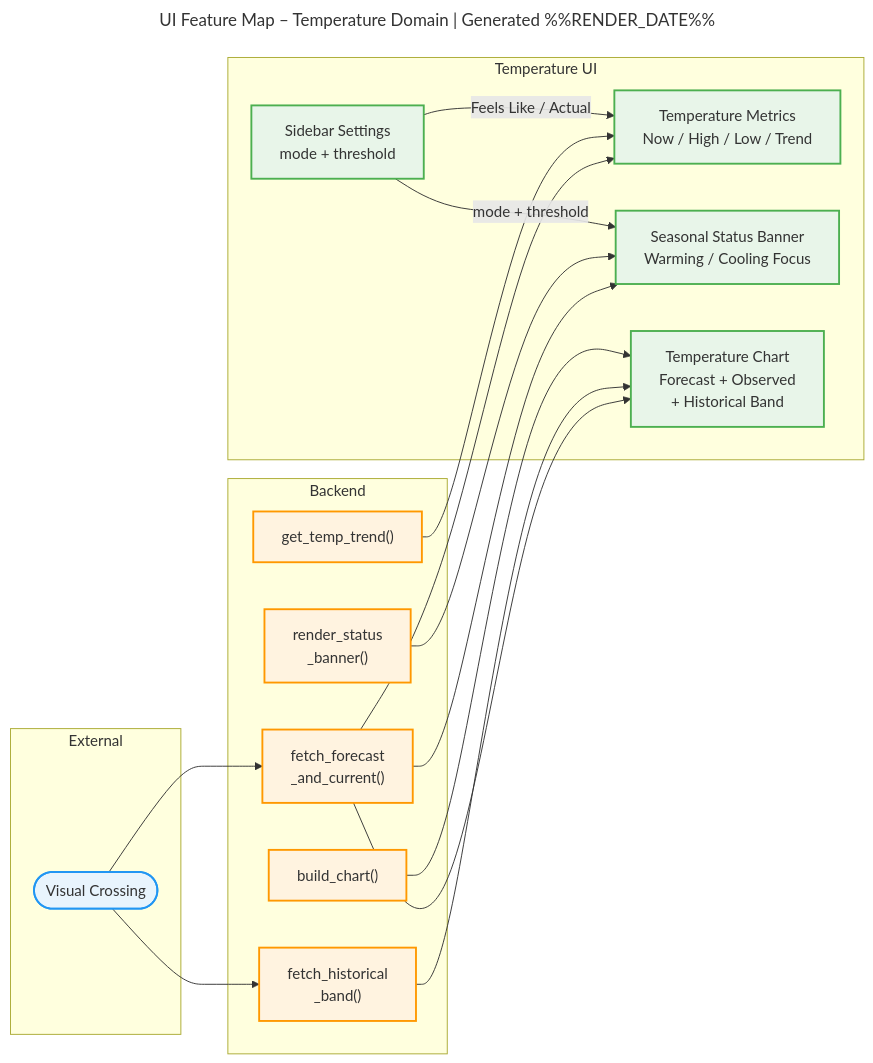
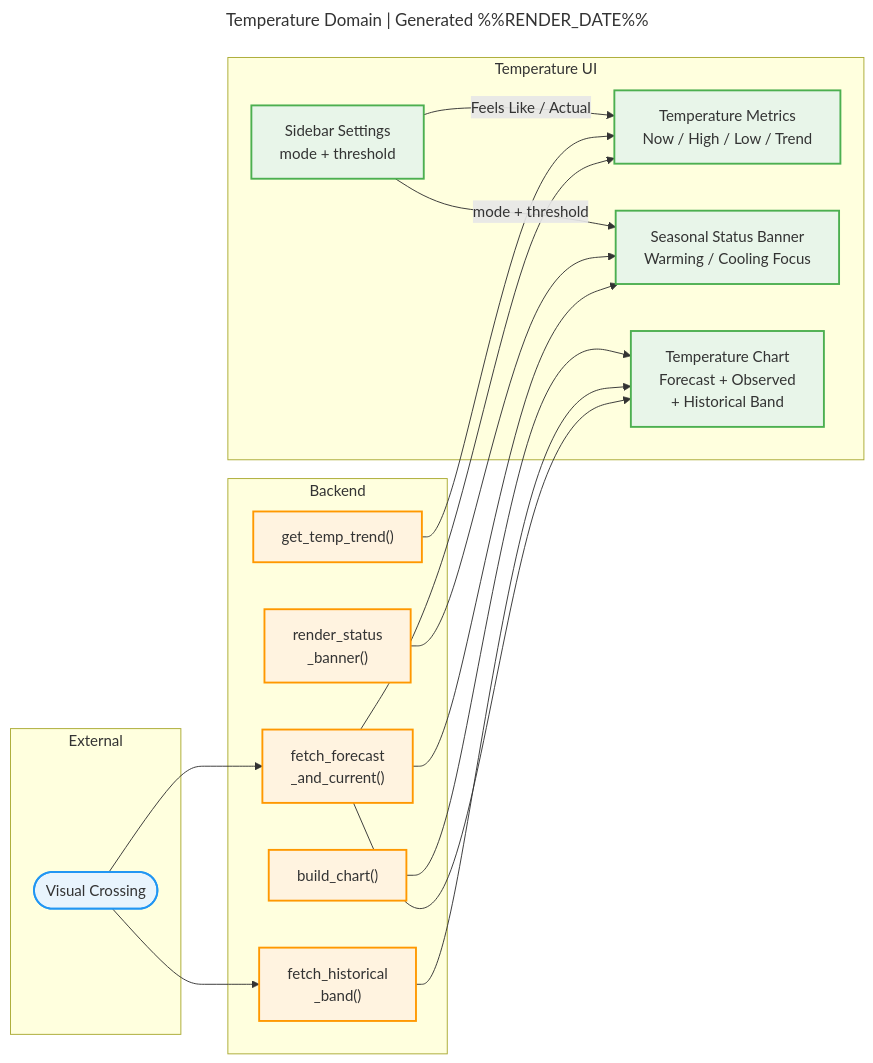
One commit to RobinWikoff/the-farm-monitor changed the second of 7 diagrams in docs/c4/c4-ui-feature-map.md. Above: the diagram before and after it, drawn with Mermaid. The commit also changed other lines of this file and 30 other files, not shown here.

First line of the commit message:
Add diagram standards: DM Sans font, two-line header, A4 sizing

````diff
--- a/docs/c4/c4-ui-feature-map.md
+++ b/docs/c4/c4-ui-feature-map.md
@@ -69,47 +69,47 @@
 ```mermaid
 ---
-title: UI Feature Map – Temperature Domain | Generated %%RENDER_DATE%%
+title: "Temperature Domain | Generated %%RENDER_DATE%%"
 ---
 flowchart LR
     subgraph EXT["External"]
         vc_api(["Visual Crossing"])
     end
 
     subgraph BE["Backend"]
         vc_fetch["fetch_forecast\n_and_current()"]
         hist_fetch["fetch_historical\n_band()"]
         analytics["get_temp_trend()"]
         banners["render_status\n_banner()"]
         viz["build_chart()"]
     end
 
     subgraph UI["Temperature UI"]
         temp_metrics["Temperature Metrics\nNow / High / Low / Trend"]
         status_banner["Seasonal Status Banner\nWarming / Cooling Focus"]
         temp_chart["Temperature Chart\nForecast + Observed\n+ Historical Band"]
         sidebar["Sidebar Settings\nmode + threshold"]
     end
 
     vc_api --> vc_fetch
     vc_api --> hist_fetch
 
     vc_fetch --> temp_metrics
     analytics --> temp_metrics
     sidebar -->|"Feels Like / Actual"| temp_metrics
 
     vc_fetch --> status_banner
     banners --> status_banner
     sidebar -->|"mode + threshold"| status_banner
 
     vc_fetch --> temp_chart
     hist_fetch --> temp_chart
     viz --> temp_chart
 
     classDef external fill:#e8f4fd,stroke:#2196F3,stroke-width:2px
     classDef backend fill:#fff3e0,stroke:#FF9800,stroke-width:2px
     classDef ui fill:#e8f5e9,stroke:#4CAF50,stroke-width:2px
 
     class vc_api external
     class vc_fetch,hist_fetch,analytics,banners,viz backend
     class temp_metrics,status_banner,temp_chart,sidebar ui
 ```
````
